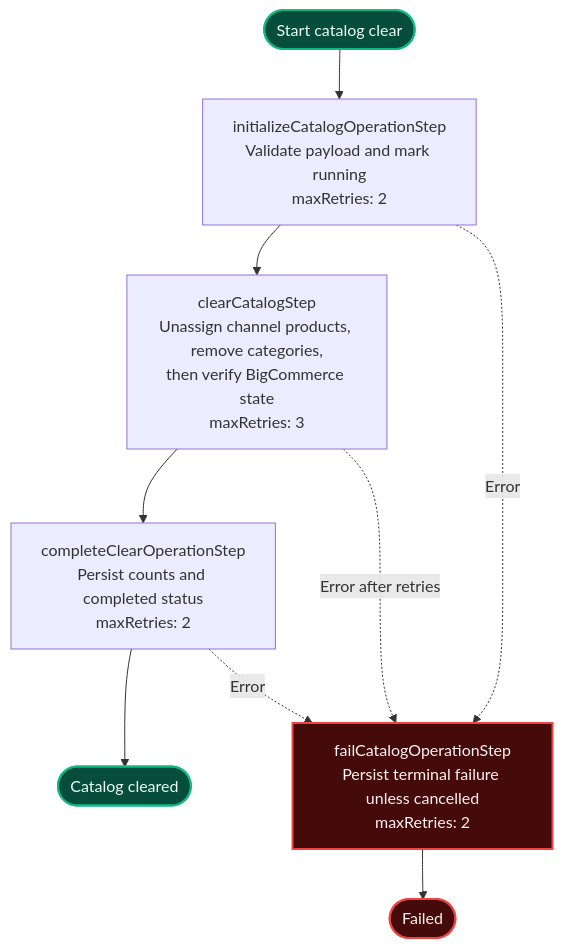
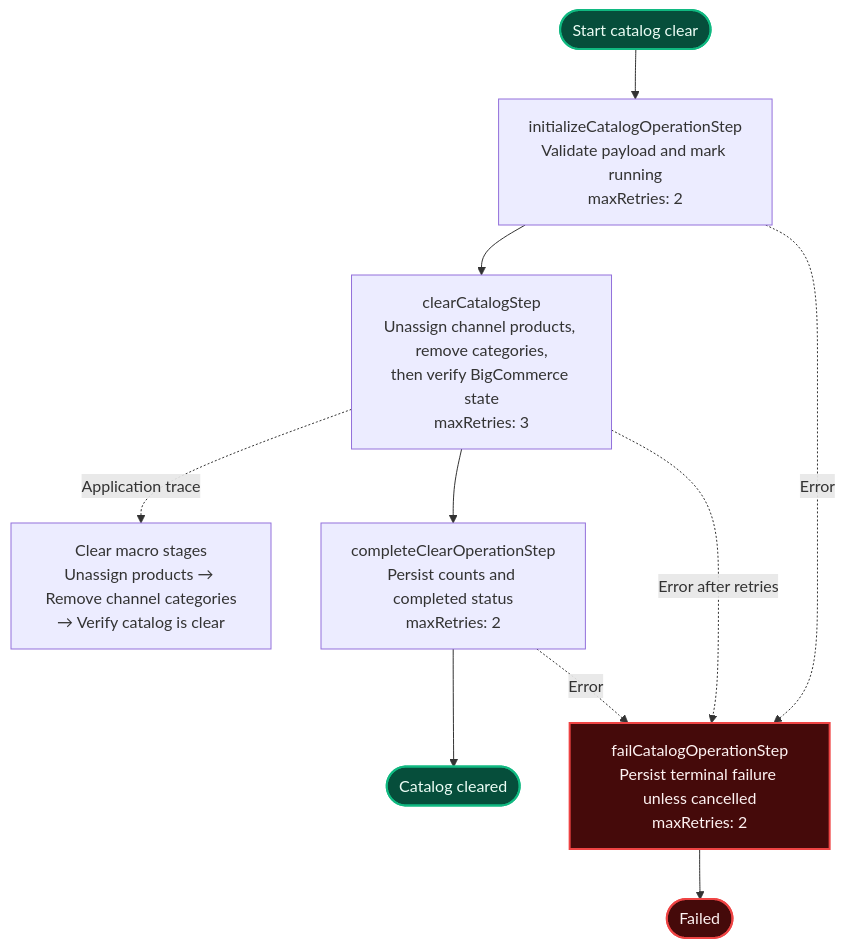
One commit to rezakalfane/bc-demoenv changed the fourth of 4 diagrams in DETAILS.md. Above: the diagram before and after it, drawn with Mermaid. The commit also changed other lines of this file and 13 other files, not shown here.

````diff
--- a/DETAILS.md
+++ b/DETAILS.md
@@ -290,17 +295,18 @@
 ```mermaid
 flowchart TD
     start([Start catalog clear]) --> initialize["initializeCatalogOperationStep<br/>Validate payload and mark running<br/>maxRetries: 2"]
     initialize --> clear["clearCatalogStep<br/>Unassign channel products, remove categories,<br/>then verify BigCommerce state<br/>maxRetries: 3"]
+    clear -. Application trace .-> clearMacros["Clear macro stages<br/>Unassign products → Remove channel categories<br/>→ Verify catalog is clear"]
     clear --> complete["completeClearOperationStep<br/>Persist counts and completed status<br/>maxRetries: 2"]
     complete --> success([Catalog cleared])
 
     initialize -. Error .-> fail["failCatalogOperationStep<br/>Persist terminal failure unless cancelled<br/>maxRetries: 2"]
     clear -. Error after retries .-> fail
     complete -. Error .-> fail
     fail --> failed([Failed])
 
     classDef terminal fill:#064e3b,color:#ecfdf5,stroke:#10b981,stroke-width:2px;
     classDef failure fill:#450a0a,color:#fef2f2,stroke:#ef4444,stroke-width:2px;
     class start,success terminal;
     class fail,failed failure;
 ```
````
